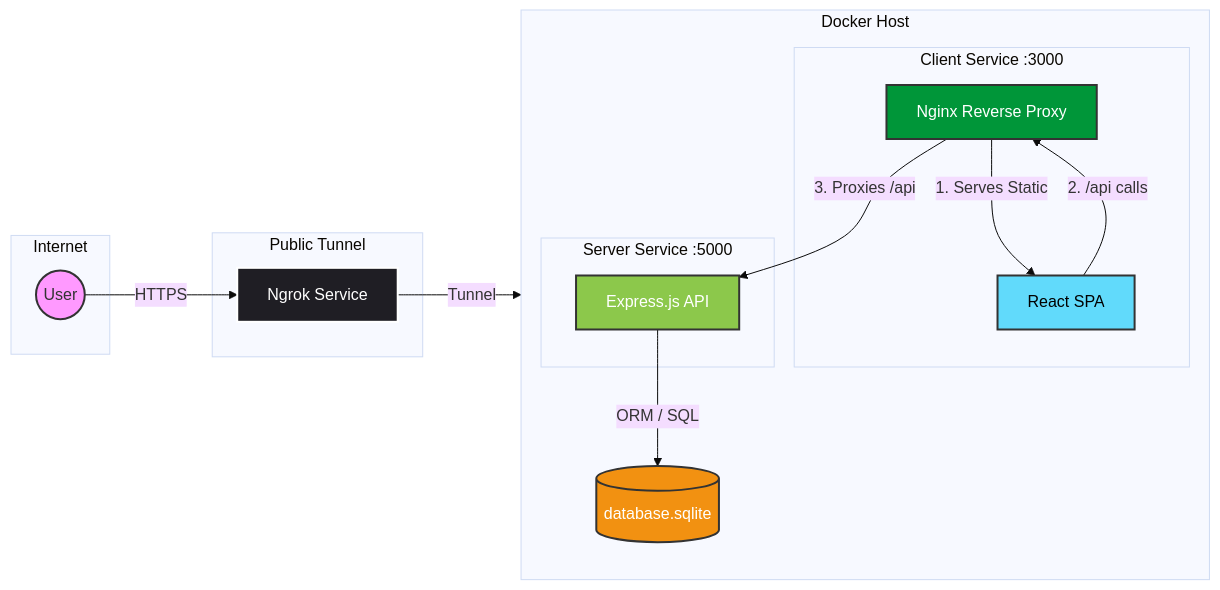
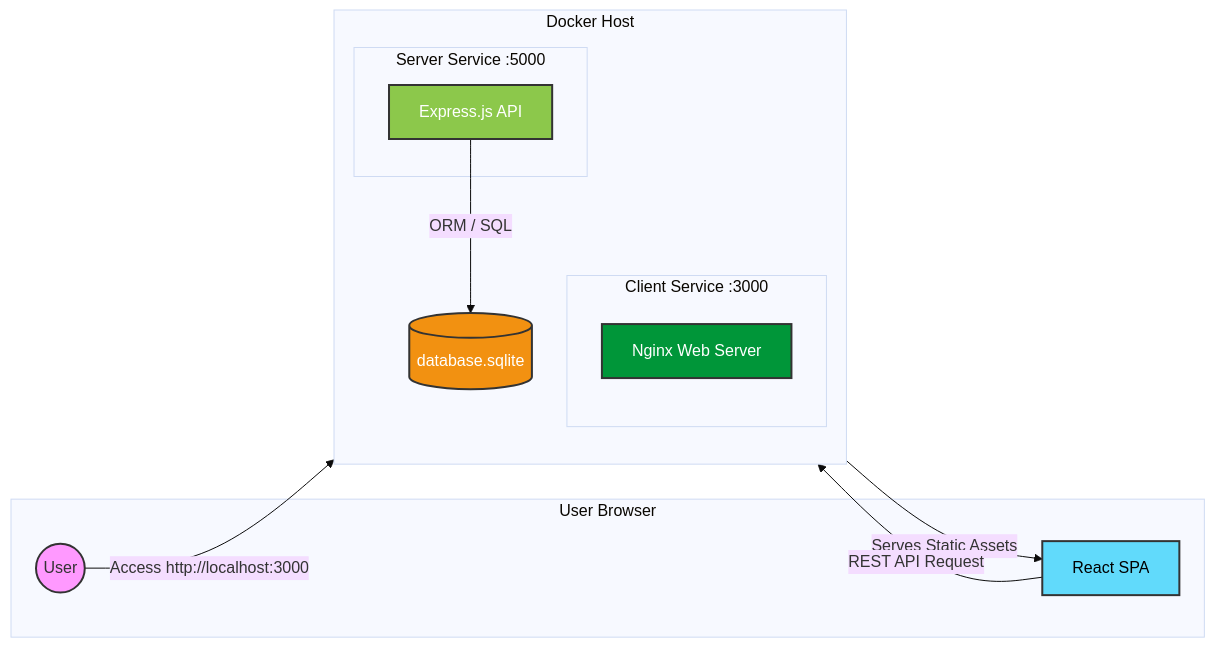
One commit to vector4653/Technoligia changed the diagram in README.md. Above: the diagram before and after it, drawn with Mermaid (base theme). The commit also changed other lines of this file, not shown here.

````diff
--- a/README.md
+++ b/README.md
@@ -60,38 +60,31 @@
 ```mermaid
 graph LR
-    subgraph Internet
+    subgraph Browser ["User Browser"]
         User(("User"))
-    end
-
-    subgraph Tunnel ["Public Tunnel"]
-        Ngrok["Ngrok Service"]
+        SPA["React SPA"]
     end
 
     subgraph Docker ["Docker Host"]
         direction TB
         subgraph ClientService ["Client Service :3000"]
-            Nginx["Nginx Reverse Proxy"]
-            SPA["React SPA"]
+            Nginx["Nginx Web Server"]
         end
         
         subgraph ServerService ["Server Service :5000"]
             Express["Express.js API"]
         end
         
         Volume[("database.sqlite")]
     end
 
-    User -->|HTTPS| Ngrok
-    Ngrok -->|Tunnel| Nginx
-    Nginx -->|"1. Serves Static"| SPA
-    SPA -->|"2. /api calls"| Nginx
-    Nginx -->|"3. Proxies /api"| Express
+    User -->|Access http://localhost:3000| Nginx
+    Nginx -->|"Serves Static Assets"| SPA
+    SPA -->|"REST API Request"| Express
     Express -->|"ORM / SQL"| Volume
     
     style User fill:#f9f,stroke:#333,stroke-width:2px
-    style Ngrok fill:#1F1E24,stroke:#fff,stroke-width:2px,color:#fff
     style SPA fill:#61dafb,stroke:#333,stroke-width:2px,color:#000
     style Nginx fill:#009639,stroke:#333,stroke-width:2px,color:#fff
     style Express fill:#8cc84b,stroke:#333,stroke-width:2px,color:#fff
     style Volume fill:#f29111,stroke:#333,stroke-width:2px,color:#fff
 ```
````
